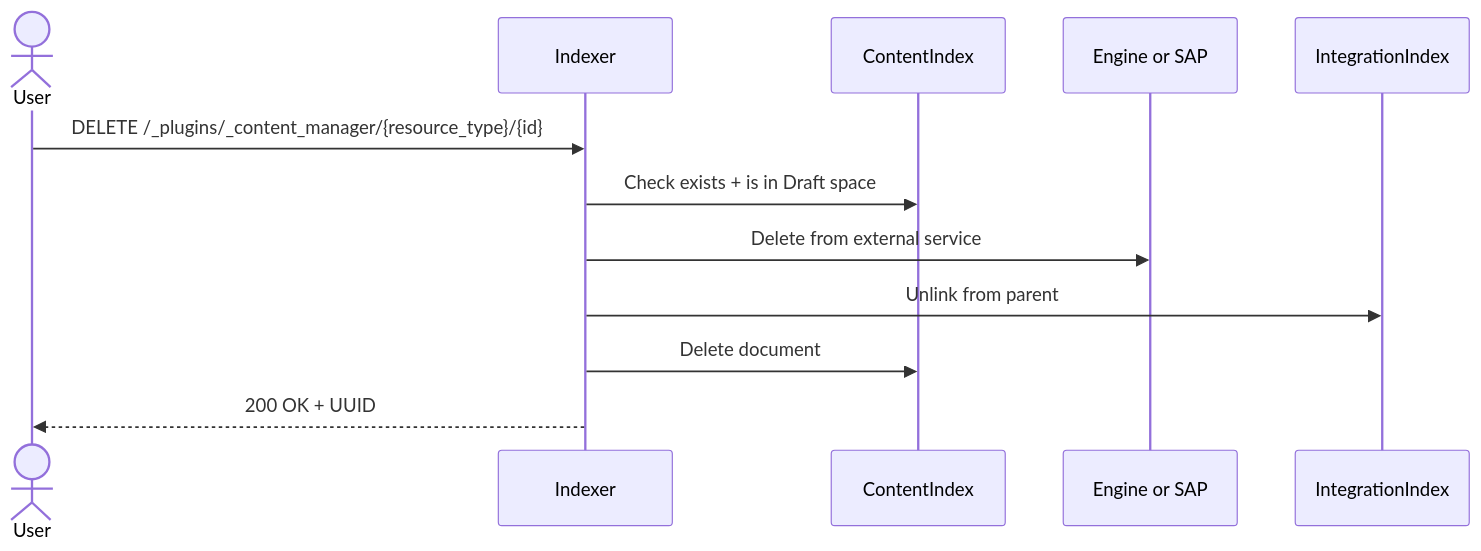
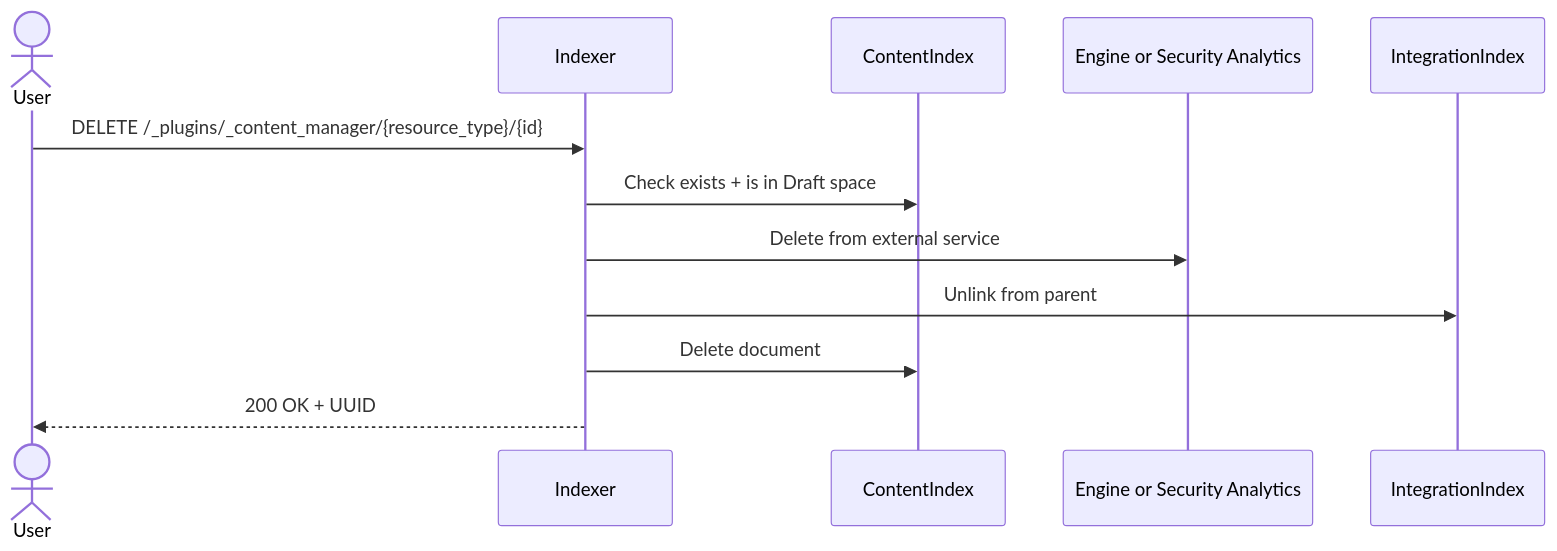
The seventh of 12 diagrams in docs/dev/plugins/content-manager.md (wazuh/wazuh-indexer-plugins), drawn with Mermaid before and after one commit. The commit also changed other lines of this file and 41 other files, not shown here.

````diff
--- a/docs/dev/plugins/content-manager.md
+++ b/docs/dev/plugins/content-manager.md
@@ -688,15 +693,15 @@
 ```mermaid
 sequenceDiagram
     actor User
     participant Indexer
     participant ContentIndex
-    participant Engine/SAP as Engine or SAP
+    participant EngineSA as Engine or Security Analytics
     participant IntegrationIndex
 
     User->>Indexer: DELETE /_plugins/_content_manager/{resource_type}/{id}
     Indexer->>ContentIndex: Check exists + is in Draft space
-    Indexer->>Engine/SAP: Delete from external service
+    Indexer->>EngineSA: Delete from external service
     Indexer->>IntegrationIndex: Unlink from parent
     Indexer->>ContentIndex: Delete document
     Indexer-->>User: 200 OK + UUID
 ```
````
